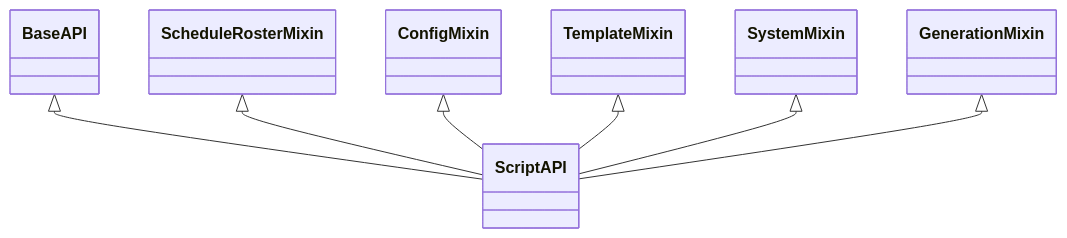
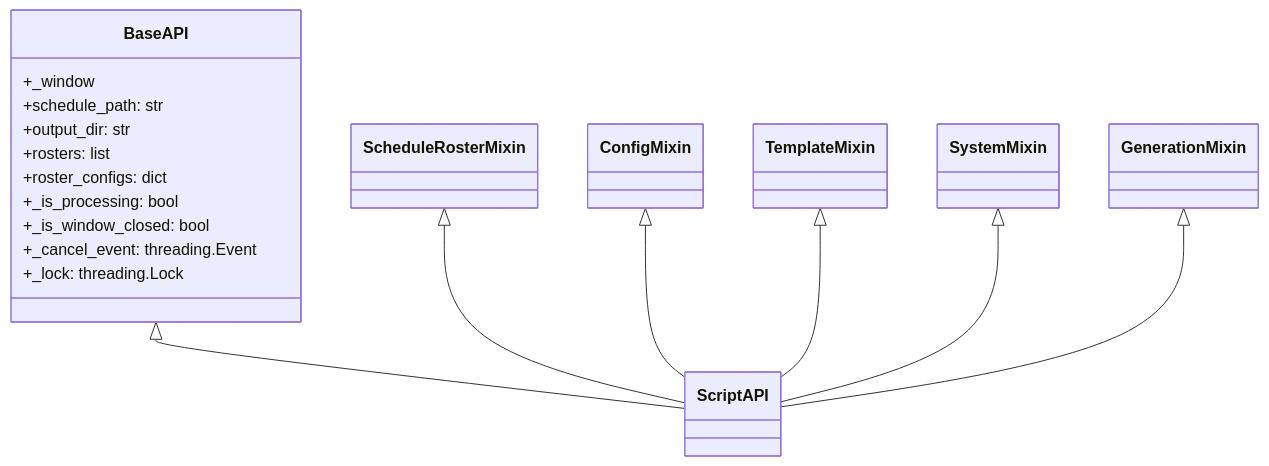
The diagram in 01 - Architecture/PyWebView Bridge.md (DrinkBoooz/cvsu-generator_documentation), drawn with Mermaid before and after one commit. The commit also changed other lines of this file and 18 other files, not shown here.

Commit message:
3: map current application architecture, generators, templates, user guides, and perform hig audit

````diff
--- a/01 - Architecture/PyWebView Bridge.md
+++ b/01 - Architecture/PyWebView Bridge.md
@@ -36,17 +36,27 @@
 ```mermaid
 classDiagram
-    class BaseAPI
+    class BaseAPI {
+        +_window
+        +schedule_path: str
+        +output_dir: str
+        +rosters: list
+        +roster_configs: dict
+        +_is_processing: bool
+        +_is_window_closed: bool
+        +_cancel_event: threading.Event
+        +_lock: threading.Lock
+    }
     class ScheduleRosterMixin
     class ConfigMixin
     class TemplateMixin
     class SystemMixin
     class GenerationMixin
     class ScriptAPI
 
     BaseAPI <|-- ScriptAPI
     ScheduleRosterMixin <|-- ScriptAPI
     ConfigMixin <|-- ScriptAPI
     TemplateMixin <|-- ScriptAPI
     SystemMixin <|-- ScriptAPI
     GenerationMixin <|-- ScriptAPI
 ```
````
